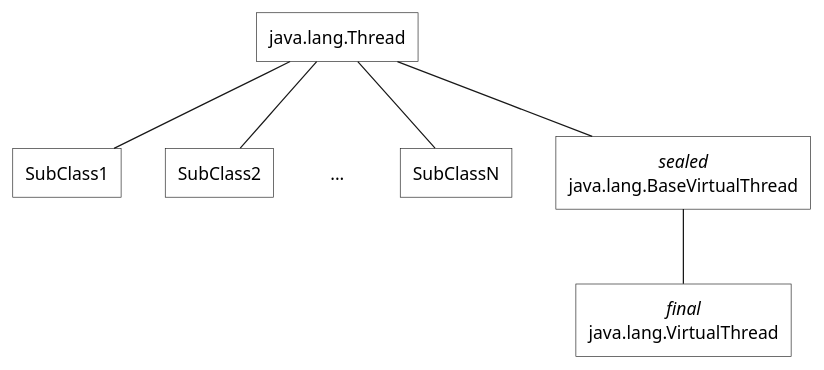
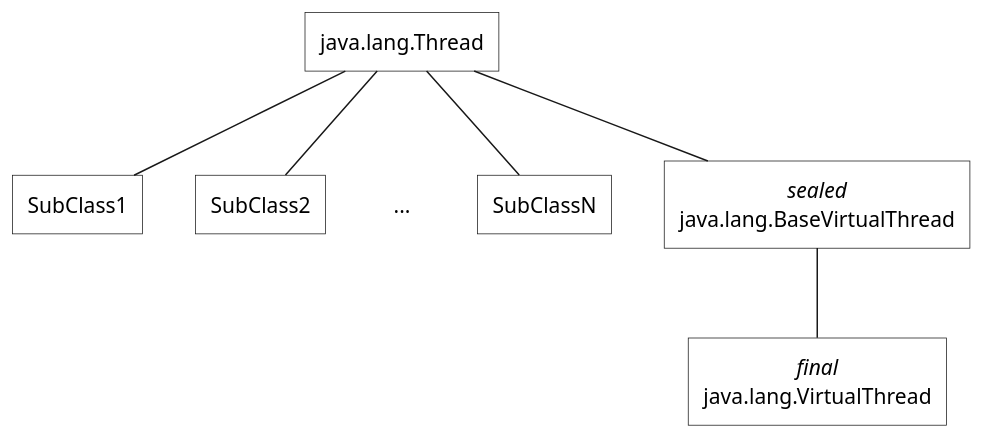
Before and after one commit to ti-cortex-m4/demo-java-virtual-threads2: the diagram in images/thread_class_diagram.puml, drawn with PlantUML. The commit also changed 2 other files, not shown here.

```diff
--- a/images/thread_class_diagram.puml
+++ b/images/thread_class_diagram.puml
@@ -1,35 +1,35 @@
 @startuml
 
-scale 1.0
+scale 1.2
 
 <style>
     card {
         LineColor transparent
     }
 }
 </style>
 
 skinparam {
     defaultTextAlignment center
     roundCorner 0
     CardBackgroundColor transparent
     RectangleBackgroundColor transparent
     RectangleFontName Source Sans Pro
 }
 
 rectangle "java.lang.Thread" as Thread
 rectangle SubClass1
 rectangle SubClass2
 card "..." as SubClass3
 rectangle SubClassN
 rectangle "<i>sealed</i>\njava.lang.BaseVirtualThread" as BaseVirtualThread
 rectangle "<i>final</i>\njava.lang.VirtualThread" as VirtualThread
 
 Thread -down- SubClass1
 Thread -down- SubClass2
 Thread -down[#transparent]- SubClass3
 Thread -down- SubClassN
 Thread -down- BaseVirtualThread
 BaseVirtualThread -down- VirtualThread
 
 @enduml
```
